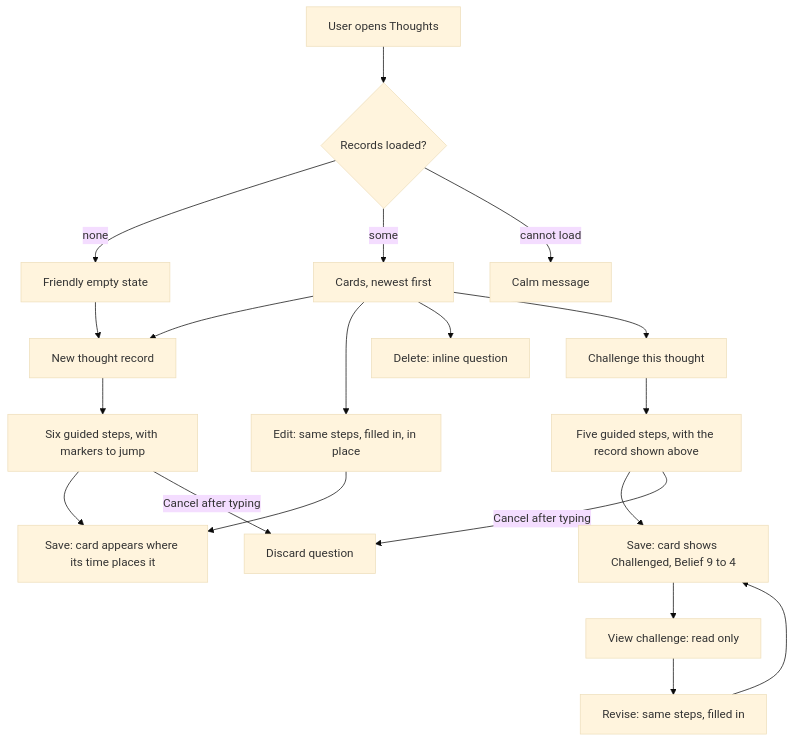
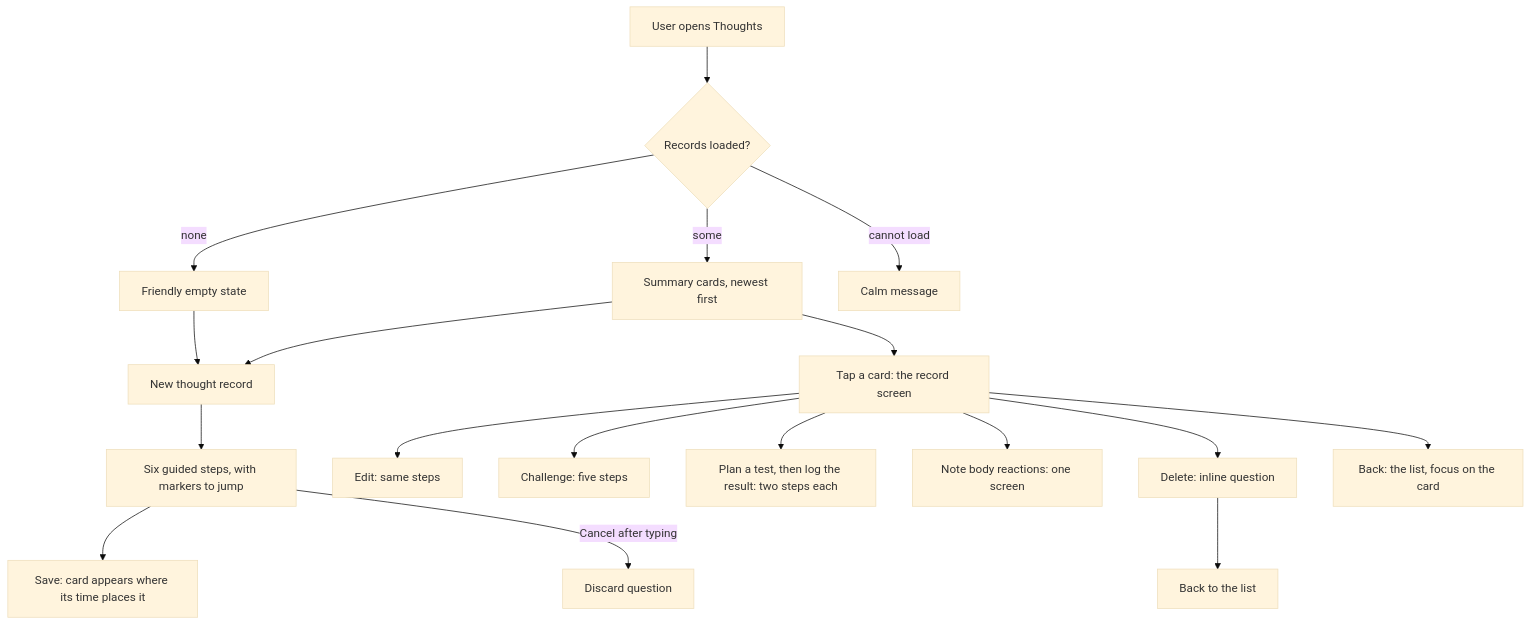
One commit to joshualauw/cebete changed the diagram in docs/specs/thoughts/spec.md. Above: the diagram before and after it, drawn with Mermaid (base theme). The commit also changed other lines of this file and 10 other files, not shown here.

Commit message:
docs: trim specs and archive thought record tickets

````diff
--- a/docs/specs/thoughts/spec.md
+++ b/docs/specs/thoughts/spec.md
@@ -7,22 +7,20 @@
 ```mermaid
 flowchart TD
     A[User opens Thoughts] --> B{Records loaded?}
     B -- none --> C[Friendly empty state]
-    B -- some --> D[Cards, newest first]
+    B -- some --> D[Summary cards, newest first]
     B -- cannot load --> E[Calm message]
     C --> F[New thought record]
     D --> F
     F --> G[Six guided steps, with markers to jump]
     G --> H[Save: card appears where its time places it]
-    D --> I[Edit: same steps, filled in, in place]
-    I --> H
-    D --> J[Delete: inline question]
-    D --> K[Challenge this thought]
-    K --> L[Five guided steps, with the record shown above]
-    L --> M[Save: card shows Challenged, Belief 9 to 4]
-    M --> N[View challenge: read only]
-    N --> O[Revise: same steps, filled in]
-    O --> M
+    D --> I[Tap a card: the record screen]
+    I --> J[Edit: same steps]
+    I --> K[Challenge: five steps]
+    I --> Q[Plan a test, then log the result: two steps each]
+    I --> T[Note body reactions: one screen]
+    I --> M[Delete: inline question]
+    M --> N[Back to the list]
+    I --> O[Back: the list, focus on the card]
     G -- Cancel after typing --> P[Discard question]
-    L -- Cancel after typing --> P
 ```
````
